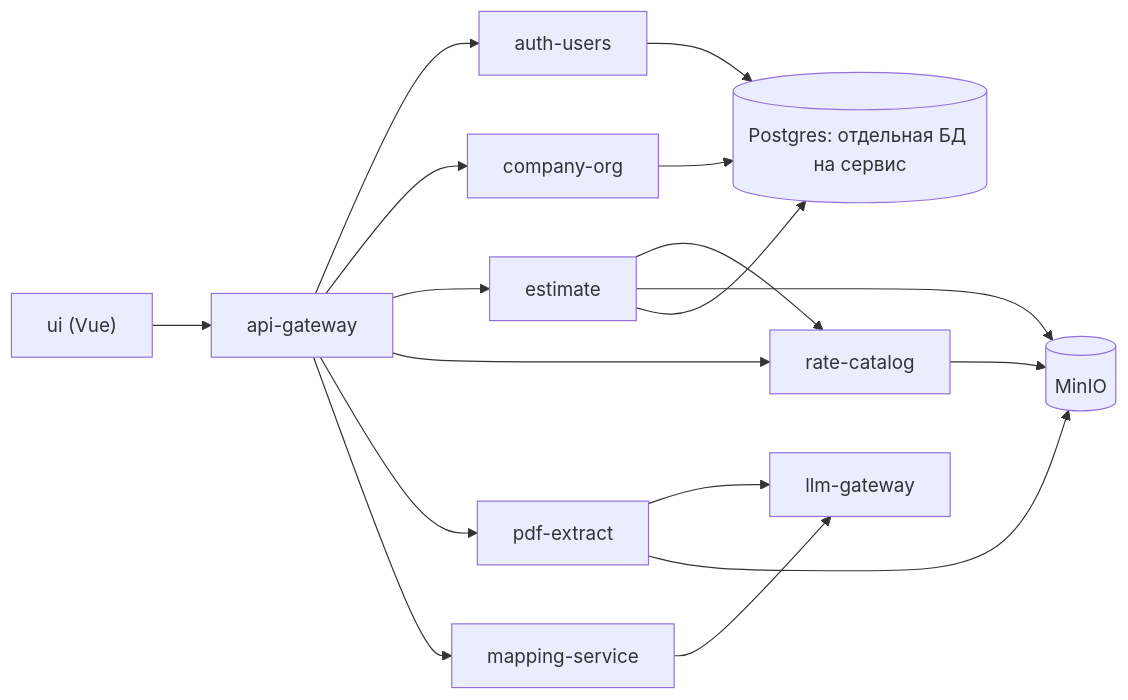
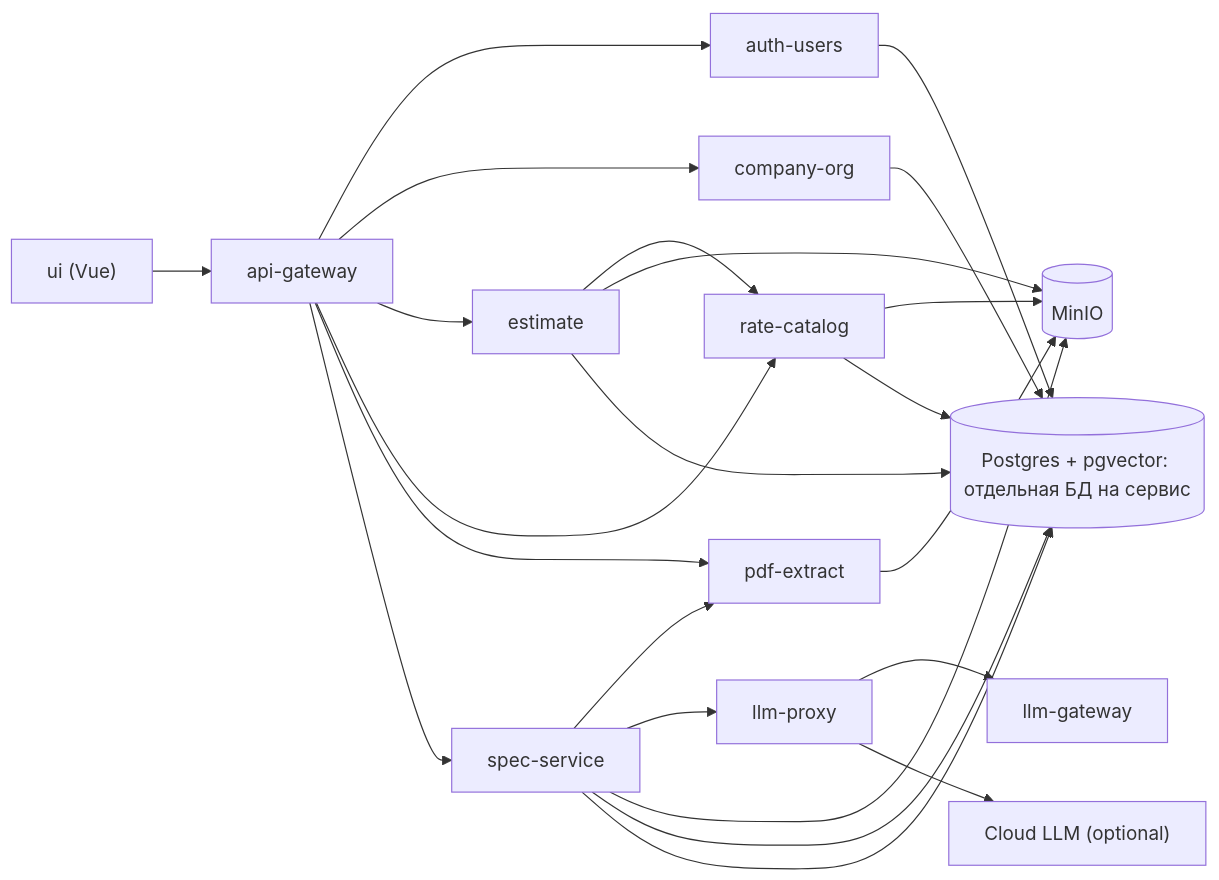
The second of 2 diagrams in _bmad-output/planning-artifacts/architecture-smeta1-2026-10-17/ARCHITECTURE-SPINE.md (VicShved/smeta-core), drawn with Mermaid before and after one commit. The commit also changed other lines of this file and 20 other files, not shown here.

````diff
--- a/_bmad-output/planning-artifacts/architecture-smeta1-2026-10-17/ARCHITECTURE-SPINE.md
+++ b/_bmad-output/planning-artifacts/architecture-smeta1-2026-10-17/ARCHITECTURE-SPINE.md
@@ -156,19 +166,25 @@
 ```mermaid
 flowchart LR
   ui["ui (Vue)"] --> gw["api-gateway"]
   gw --> auth["auth-users"]
   gw --> org["company-org"]
   gw --> est["estimate"]
   gw --> cat["rate-catalog"]
   gw --> pdf["pdf-extract"]
-  gw --> map["mapping-service"]
-  pdf --> llm["llm-gateway"]
-  map --> llm
+  gw --> spec["spec-service"]
+  spec --> pdf
+  spec --> proxy["llm-proxy"]
+  proxy --> llm["llm-gateway"]
+  proxy --> cloud["Cloud LLM (optional)"]
+  spec --> s3[("MinIO")]
+  spec --> pg
   est --> cat
   est --> s3[("MinIO")]
   pdf --> s3
   cat --> s3
-  org --> pg[("Postgres: отдельная БД на сервис")]
+  cat --> pg[("Postgres + pgvector: отдельная БД на сервис")]
+  spec --> pg
+  org --> pg
   auth --> pg
   est --> pg
 ```
````
